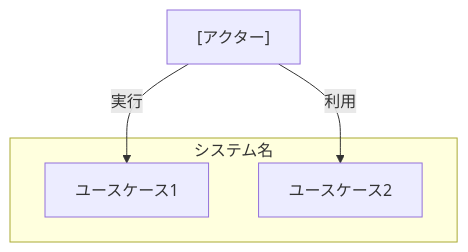
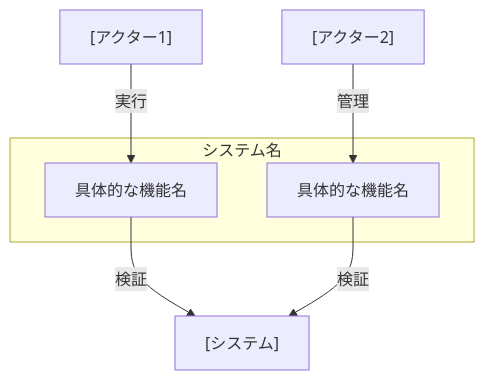
The diagram in we-edit/docs/guidelines/development-process/usecase-writing-guidelines.md (amano--/any), drawn with Mermaid before and after one commit. The commit also changed other lines of this file and 7 other files, not shown here.

````diff
--- a/we-edit/docs/guidelines/development-process/usecase-writing-guidelines.md
+++ b/we-edit/docs/guidelines/development-process/usecase-writing-guidelines.md
@@ -120,11 +105,16 @@
 ```mermaid
 graph TB
     subgraph システム名
-        UC1["ユースケース1"]
-        UC2["ユースケース2"]
+        UC1["具体的な機能名"]
+        UC2["具体的な機能名"]
     end
 
-    Actor["[アクター]"]
-    Actor -->|実行| UC1
-    Actor -->|利用| UC2
+    Actor1["[アクター1]"]
+    Actor2["[アクター2]"]
+    System["[システム]"]
+
+    Actor1 -->|実行| UC1
+    Actor2 -->|管理| UC2
+    UC1 -->|検証| System
+    UC2 -->|検証| System
 ```
````
